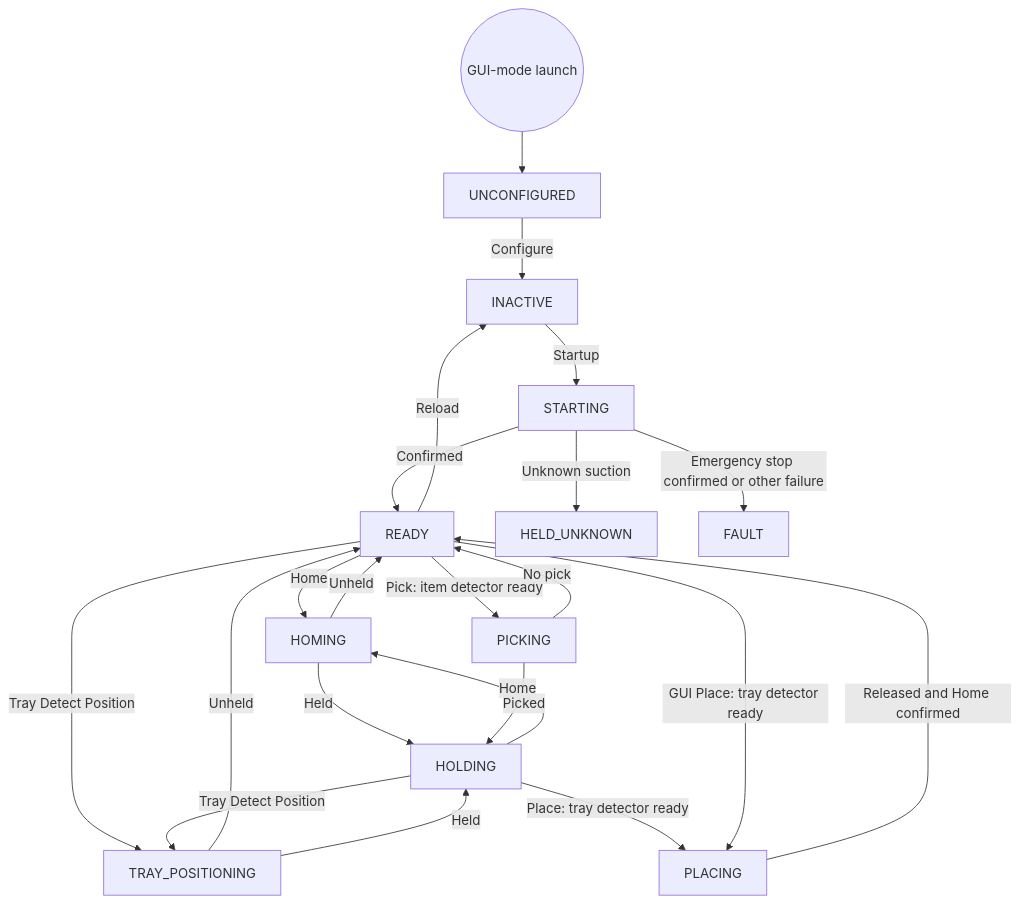
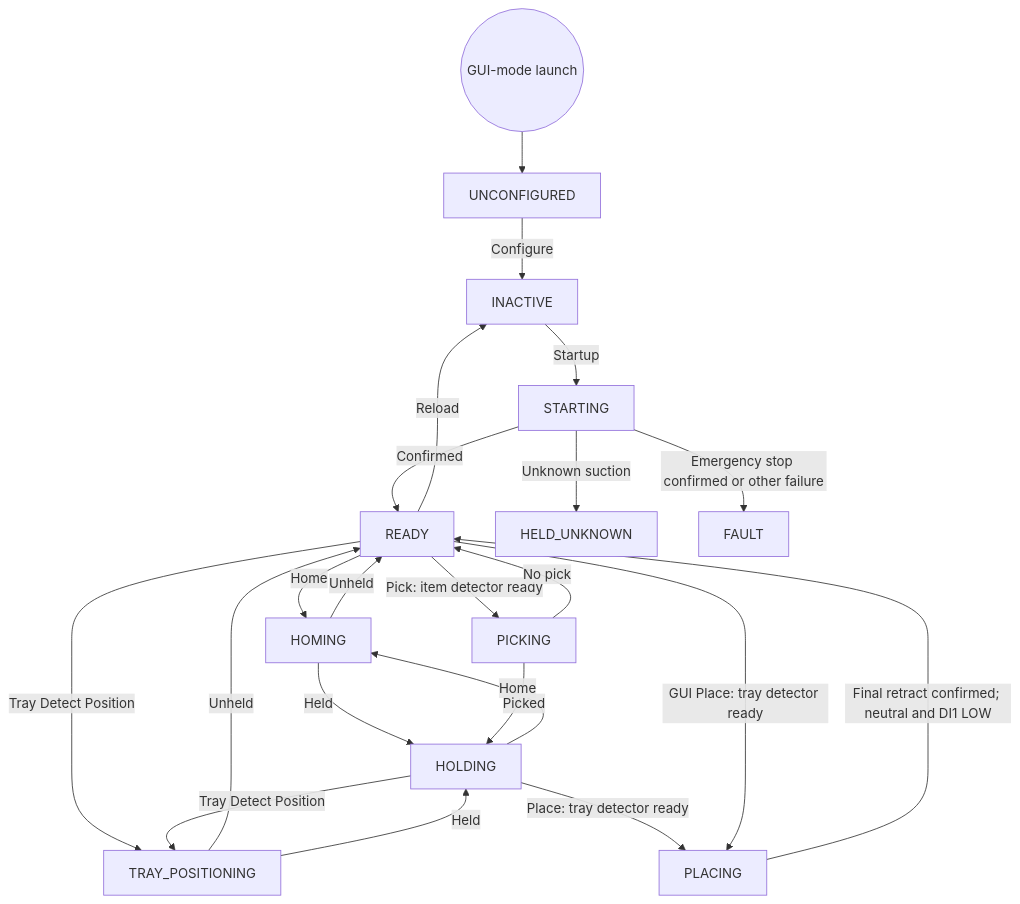
The second of 8 diagrams in docs/ROBOT_CONTROLLER_FSM.md (esgange/dobot_picknplace_yolo), drawn with Mermaid before and after one commit. The commit also changed other lines of this file and 18 other files, not shown here.

````diff
--- a/docs/ROBOT_CONTROLLER_FSM.md
+++ b/docs/ROBOT_CONTROLLER_FSM.md
@@ -160,24 +172,24 @@
 ```mermaid
 flowchart TD
     Launch((GUI-mode launch)) --> UNCONFIGURED
     UNCONFIGURED -->|Configure| INACTIVE
     INACTIVE -->|Startup| STARTING
     STARTING -->|Confirmed| READY
     READY -->|Reload| INACTIVE
     READY -->|Home| HOMING
     HOMING -->|Unheld| READY
     HOLDING -->|Home| HOMING
     HOMING -->|Held| HOLDING
     READY -->|Pick: item detector ready| PICKING
     PICKING -->|Picked| HOLDING
     PICKING -->|No pick| READY
     READY -->|Tray Detect Position| TRAY_POSITIONING
     HOLDING -->|Tray Detect Position| TRAY_POSITIONING
     TRAY_POSITIONING -->|Unheld| READY
     TRAY_POSITIONING -->|Held| HOLDING
     HOLDING -->|Place: tray detector ready| PLACING
     READY -->|GUI Place: tray detector ready| PLACING
-    PLACING -->|Released and Home confirmed| READY
+    PLACING -->|Final retract confirmed; neutral and DI1 LOW| READY
     STARTING -->|Unknown suction| HELD_UNKNOWN
     STARTING -->|Emergency stop confirmed or other failure| FAULT
 ```
````
